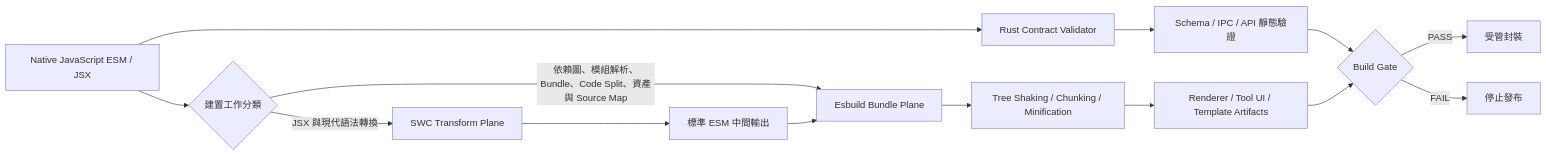
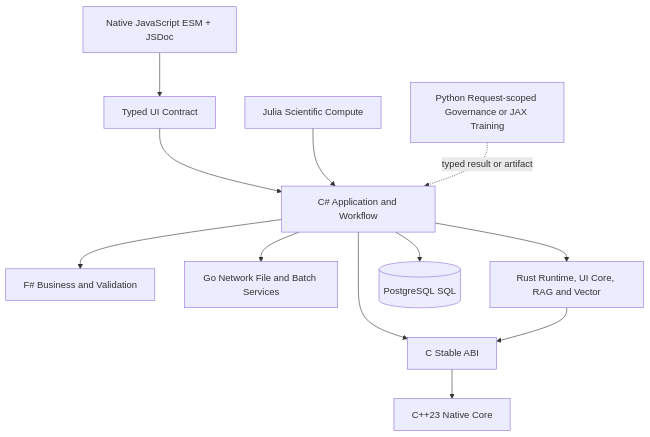
The first of 5 diagrams in governance_rule/codex/architecture-languages.md (guilty442-source/GPTBridge), drawn with Mermaid before and after one commit. The commit also changed other lines of this file and 14 other files, not shown here.

Commit message:
codex sync 15:00:49Z: zh-TW mirror parts + architecture docs refreshed; formal rule evaluator codes renamed to canonical (_V1 suffix dropped; GO_RUST_NODE->GO_RUST_RUNTIME, JAX_PYTORCH->JAX_FRAMEWORK); release-dependencies pin

````diff
--- a/governance_rule/codex/architecture-languages.md
+++ b/governance_rule/codex/architecture-languages.md
@@ -70,20 +22,14 @@
 ```mermaid
-flowchart LR
-  SRC[Native JavaScript ESM / JSX]
-  SRC --> CLASSIFY{建置工作分類}
-
-  CLASSIFY -->|JSX 與現代語法轉換| SWC[SWC Transform Plane]
-  CLASSIFY -->|依賴圖、模組解析、Bundle、Code Split、資產與 Source Map| ESB[Esbuild Bundle Plane]
-
-  SWC --> IR[標準 ESM 中間輸出]
-  IR --> ESB
-  ESB --> OPT[Tree Shaking / Chunking / Minification]
-  OPT --> OUT[Renderer / Tool UI / Template Artifacts]
-
-  VALIDATE[Rust Contract Validator] --> TYPECHECK[Schema / IPC / API 靜態驗證]
-  SRC --> VALIDATE
-  TYPECHECK --> GATE{Build Gate}
-  OUT --> GATE
-  GATE -->|PASS| PACKAGE[受管封裝]
-  GATE -->|FAIL| CLOSED[停止發布]
+flowchart TB
+  JS[Native JavaScript ESM + JSDoc] --> API[Typed UI Contract]
+  API --> CS[C# Application and Workflow]
+  CS --> FS[F# Business and Validation]
+  CS --> GO[Go Network File and Batch Services]
+  CS --> RUST[Rust Runtime, UI Core, RAG and Vector]
+  CS --> CABI[C Stable ABI]
+  RUST --> CABI
+  CABI --> CPP[C++23 Native Core]
+  CS --> SQL[(PostgreSQL SQL)]
+  JULIA[Julia Scientific Compute] --> CS
+  PY[Python Request-scoped Governance or JAX Training] -.typed result or artifact.-> CS
 ```
````
